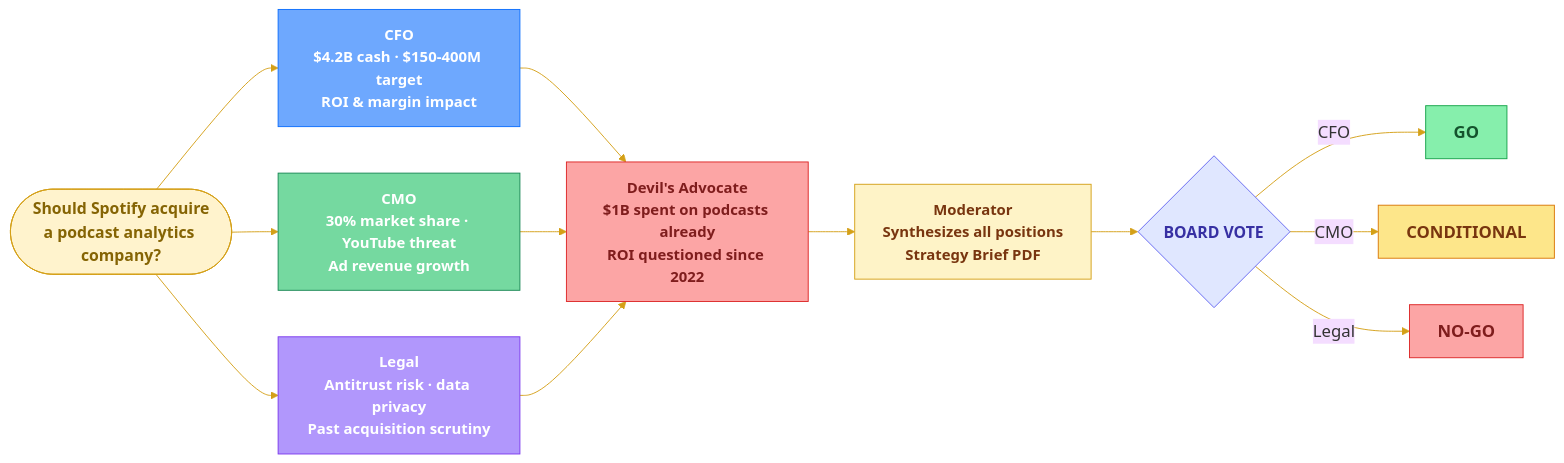
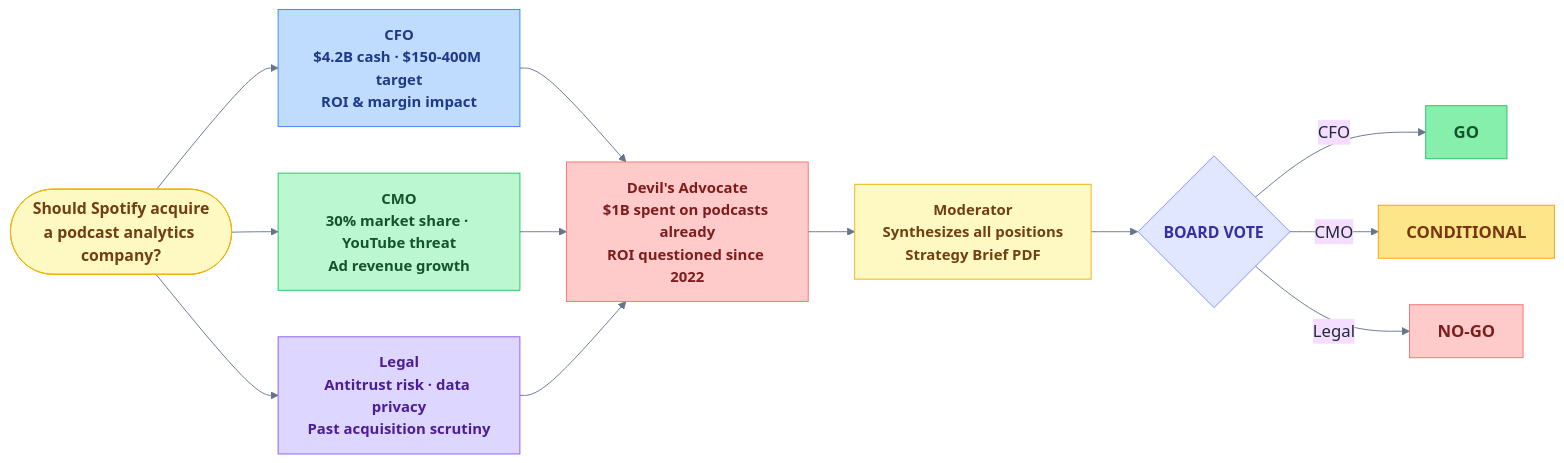
One commit to Antarathapliyal31/ShadowBoard changed the second of 4 diagrams in README.md. Above: the diagram before and after it, drawn with Mermaid. The commit also changed other lines of this file, not shown here.

First line of the commit message:
updated diagrams

````diff
--- a/README.md
+++ b/README.md
@@ -152,31 +152,31 @@
 ```mermaid
-%%{init: {'theme': 'base', 'themeVariables': { 'fontSize': '18px', 'fontFamily': 'Segoe UI, Arial', 'primaryTextColor': '#333', 'lineColor': '#d4a017' }}}%%
+%%{init: {'theme': 'base', 'themeVariables': { 'fontSize': '18px', 'fontFamily': 'Segoe UI, Arial', 'primaryTextColor': '#1e293b', 'lineColor': '#64748b' }}}%%
 flowchart LR
     Q(["Should Spotify acquire\na podcast analytics company?"]):::qClass
 
     Q --> CFO["CFO\n$4.2B cash · $150-400M target\nROI & margin impact"]:::cfoClass
     Q --> CMO["CMO\n30% market share · YouTube threat\nAd revenue growth"]:::cmoClass
     Q --> LEG["Legal\nAntitrust risk · data privacy\nPast acquisition scrutiny"]:::legClass
 
     CFO --> DA["Devil's Advocate\n$1B spent on podcasts already\nROI questioned since 2022"]:::daClass
     CMO --> DA
     LEG --> DA
 
     DA --> MOD["Moderator\nSynthesizes all positions\nStrategy Brief PDF"]:::modClass
 
     MOD --> V{"BOARD VOTE"}:::voteClass
     V -->|"CFO"| GO["GO"]:::goClass
     V -->|"CMO"| COND["CONDITIONAL"]:::condClass
     V -->|"Legal"| NOGO["NO-GO"]:::nogoClass
 
-    classDef qClass fill:#fff3cd,stroke:#d4a017,color:#856404,font-weight:bold,font-size:17px
-    classDef cfoClass fill:#6ea8fe,stroke:#0d6efd,color:#fff,font-weight:bold,font-size:16px
-    classDef cmoClass fill:#75d9a0,stroke:#198754,color:#fff,font-weight:bold,font-size:16px
-    classDef legClass fill:#b197fc,stroke:#7c3aed,color:#fff,font-weight:bold,font-size:16px
-    classDef daClass fill:#fca5a5,stroke:#dc2626,color:#7f1d1d,font-weight:bold,font-size:16px
-    classDef modClass fill:#fef3c7,stroke:#d4a017,color:#78350f,font-weight:bold,font-size:16px
-    classDef voteClass fill:#e0e7ff,stroke:#6366f1,color:#3730a3,font-weight:bold,font-size:17px
-    classDef goClass fill:#86efac,stroke:#16a34a,color:#14532d,font-weight:bold,font-size:18px
-    classDef condClass fill:#fde68a,stroke:#d97706,color:#78350f,font-weight:bold,font-size:18px
-    classDef nogoClass fill:#fca5a5,stroke:#dc2626,color:#7f1d1d,font-weight:bold,font-size:18px
+    classDef qClass fill:#fef9c3,stroke:#eab308,color:#713f12,font-weight:bold,font-size:17px
+    classDef cfoClass fill:#bfdbfe,stroke:#3b82f6,color:#1e3a8a,font-weight:bold,font-size:16px
+    classDef cmoClass fill:#bbf7d0,stroke:#22c55e,color:#14532d,font-weight:bold,font-size:16px
+    classDef legClass fill:#ddd6fe,stroke:#8b5cf6,color:#4c1d95,font-weight:bold,font-size:16px
+    classDef daClass fill:#fecaca,stroke:#f87171,color:#7f1d1d,font-weight:bold,font-size:16px
+    classDef modClass fill:#fef9c3,stroke:#eab308,color:#713f12,font-weight:bold,font-size:16px
+    classDef voteClass fill:#e0e7ff,stroke:#818cf8,color:#3730a3,font-weight:bold,font-size:17px
+    classDef goClass fill:#86efac,stroke:#22c55e,color:#14532d,font-weight:bold,font-size:18px
+    classDef condClass fill:#fde68a,stroke:#f59e0b,color:#78350f,font-weight:bold,font-size:18px
+    classDef nogoClass fill:#fecaca,stroke:#f87171,color:#7f1d1d,font-weight:bold,font-size:18px
 ```
````
